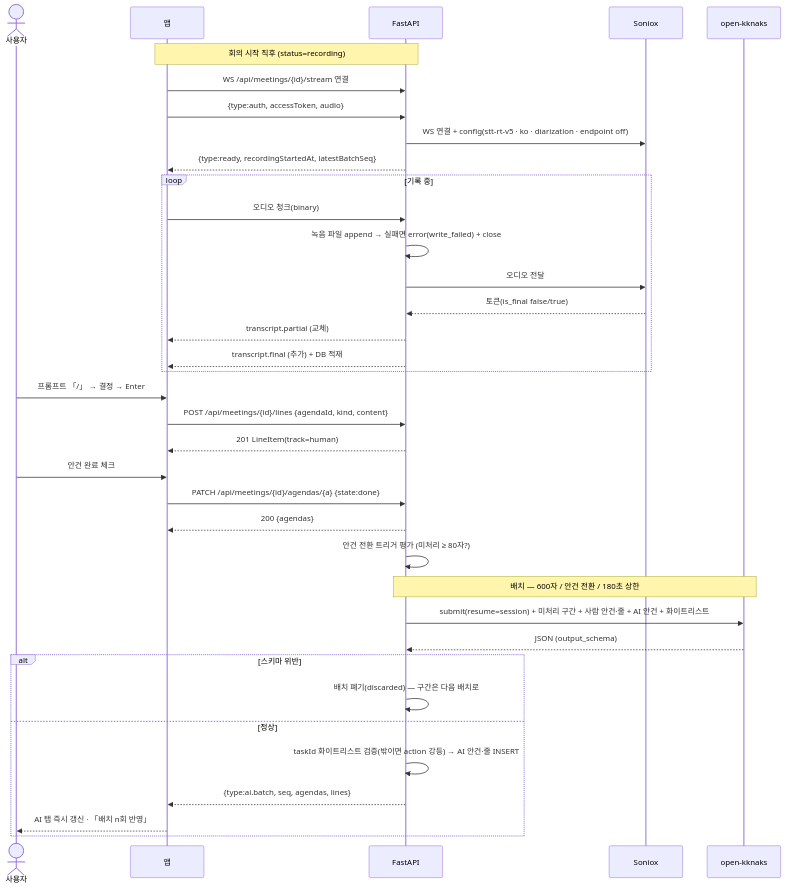
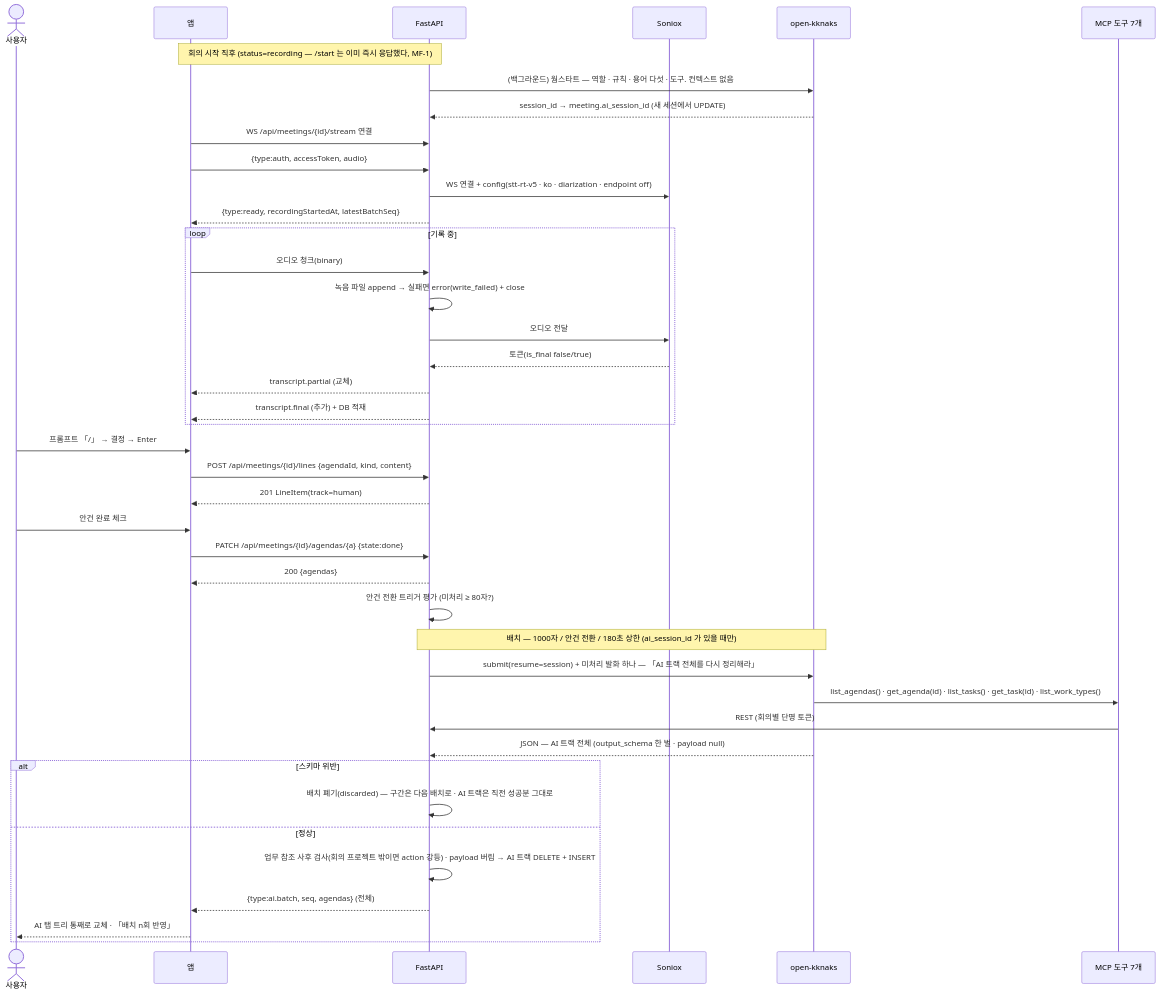
One commit to kknaks/kknaks_profile changed the first of 2 diagrams in para/projects/summer-star/task-management/20-spec/spec-007-meeting-live.md. Above: the diagram before and after it, drawn with Mermaid. The commit also changed other lines of this file and 21 other files, not shown here.

````diff
--- a/para/projects/summer-star/task-management/20-spec/spec-007-meeting-live.md
+++ b/para/projects/summer-star/task-management/20-spec/spec-007-meeting-live.md
@@ -481,42 +519,47 @@
 ```mermaid
 sequenceDiagram
     actor User as 사용자
     participant FE as 앱
     participant BE as FastAPI
     participant SX as Soniox
     participant Q as open-kknaks
+    participant M as MCP 도구 7개
 
-    Note over FE,BE: 회의 시작 직후 (status=recording)
+    Note over FE,BE: 회의 시작 직후 (status=recording — /start 는 이미 즉시 응답했다, MF-1)
+    BE->>Q: (백그라운드) 웜스타트 — 역할 · 규칙 · 용어 다섯 · 도구. 컨텍스트 없음
+    Q-->>BE: session_id → meeting.ai_session_id (새 세션에서 UPDATE)
     FE->>BE: WS /api/meetings/{id}/stream 연결
     FE->>BE: {type:auth, accessToken, audio}
     BE->>SX: WS 연결 + config(stt-rt-v5 · ko · diarization · endpoint off)
     BE-->>FE: {type:ready, recordingStartedAt, latestBatchSeq}
     loop 기록 중
         FE->>BE: 오디오 청크(binary)
         BE->>BE: 녹음 파일 append → 실패면 error(write_failed) + close
         BE->>SX: 오디오 전달
         SX-->>BE: 토큰(is_final false/true)
         BE-->>FE: transcript.partial (교체)
         BE-->>FE: transcript.final (추가) + DB 적재
     end
 
     User->>FE: 프롬프트 「/」 → 결정 → Enter
     FE->>BE: POST /api/meetings/{id}/lines {agendaId, kind, content}
     BE-->>FE: 201 LineItem(track=human)
 
     User->>FE: 안건 완료 체크
     FE->>BE: PATCH /api/meetings/{id}/agendas/{a} {state:done}
     BE-->>FE: 200 {agendas}
     BE->>BE: 안건 전환 트리거 평가 (미처리 ≥ 80자?)
 
-    Note over BE,Q: 배치 — 600자 / 안건 전환 / 180초 상한
-    BE->>Q: submit(resume=session) + 미처리 구간 + 사람 안건·줄 + AI 안건 + 화이트리스트
-    Q-->>BE: JSON (output_schema)
+    Note over BE,Q: 배치 — 1000자 / 안건 전환 / 180초 상한 (ai_session_id 가 있을 때만)
+    BE->>Q: submit(resume=session) + 미처리 발화 하나 — 「AI 트랙 전체를 다시 정리해라」
+    Q->>M: list_agendas() · get_agenda(id) · list_tasks() · get_task(id) · list_work_types()
+    M->>BE: REST (회의별 단명 토큰)
+    Q-->>BE: JSON — AI 트랙 전체 (output_schema 한 벌 · payload null)
     alt 스키마 위반
-        BE->>BE: 배치 폐기(discarded) — 구간은 다음 배치로
+        BE->>BE: 배치 폐기(discarded) — 구간은 다음 배치로 · AI 트랙은 직전 성공분 그대로
     else 정상
-        BE->>BE: taskId 화이트리스트 검증(밖이면 action 강등) → AI 안건·줄 INSERT
-        BE-->>FE: {type:ai.batch, seq, agendas, lines}
-        FE-->>User: AI 탭 즉시 갱신 · 「배치 n회 반영」
+        BE->>BE: 업무 참조 사후 검사(회의 프로젝트 밖이면 action 강등) · payload 버림 → AI 트랙 DELETE + INSERT
+        BE-->>FE: {type:ai.batch, seq, agendas}  (전체)
+        FE-->>User: AI 탭 트리 통째로 교체 · 「배치 n회 반영」
     end
 ```
````
